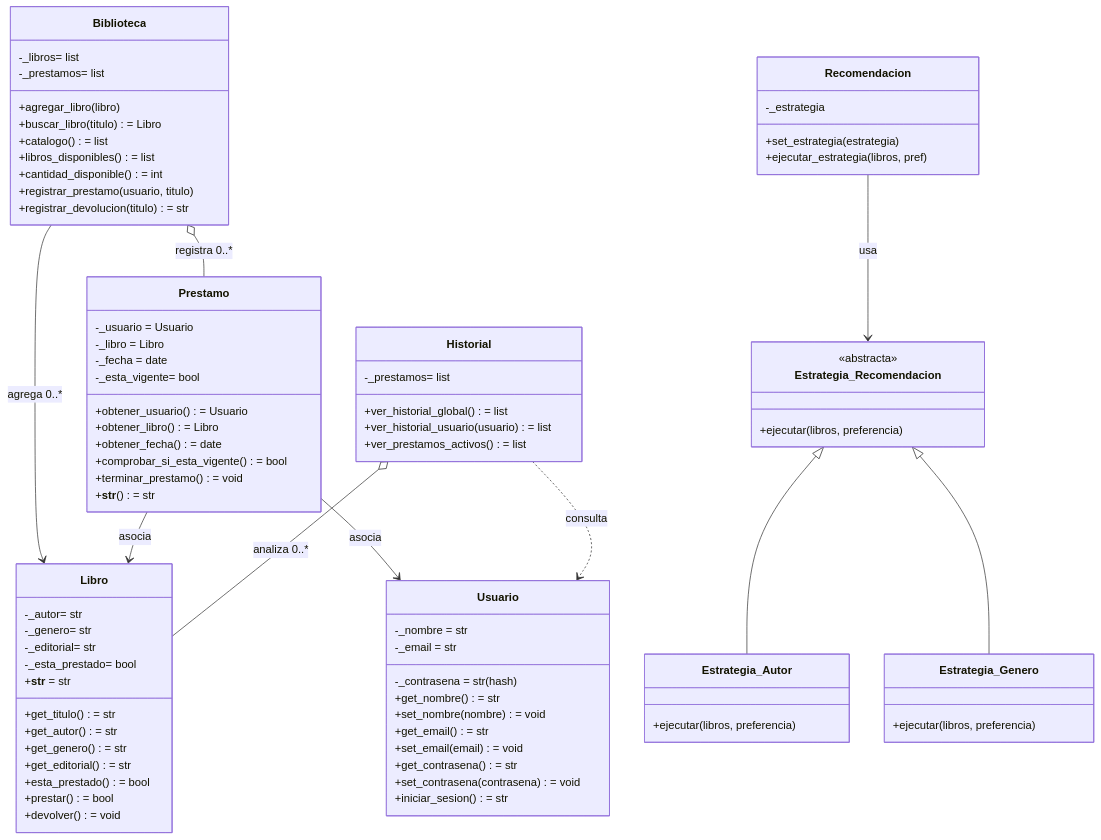
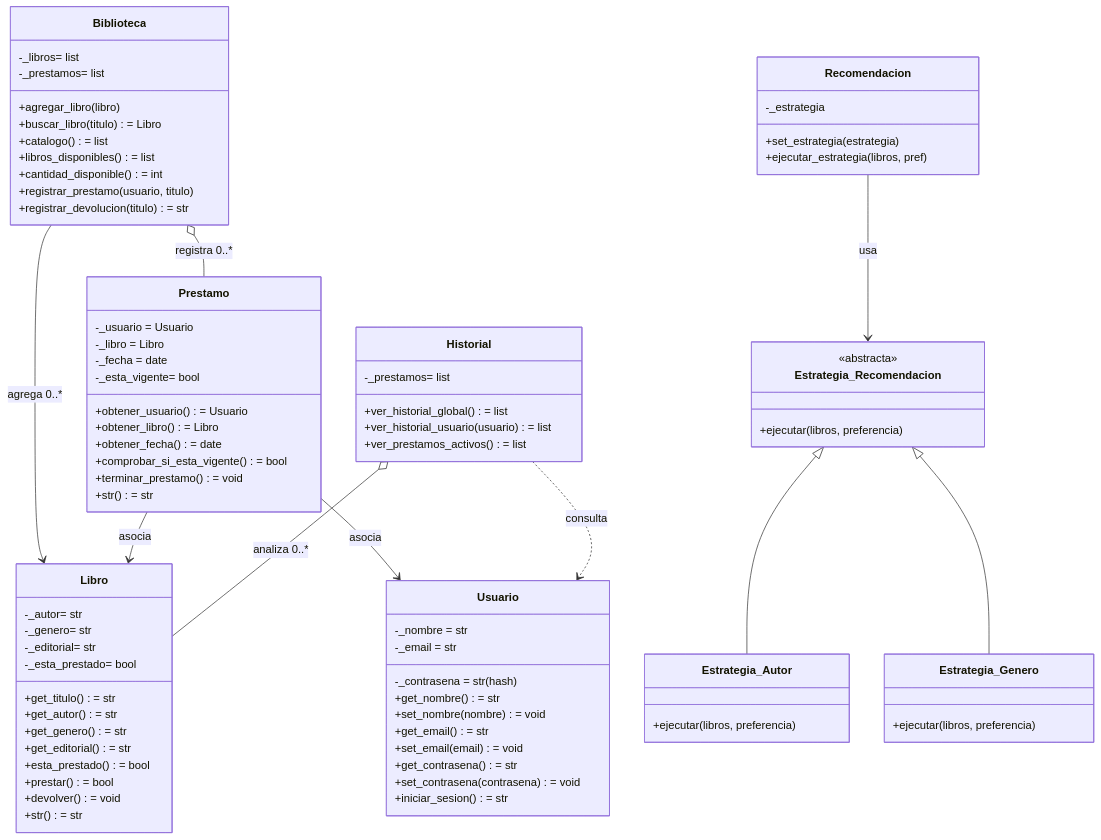
Before and after one commit to aljuliedot/Gestion-de-Biblioteca-UNAB.: the diagram in README.md, drawn with Mermaid.

Commit message:
Actualizar README.md

```diff
--- a/README.md
+++ b/README.md
@@ -126,7 +126,7 @@
         +esta_prestado()= bool
         +prestar()= bool
         +devolver()= void
-        +__str__ = str
+        +str()= str
     }
 
     class Historial {
@@ -159,7 +159,7 @@
         +obtener_fecha()= date
         +comprobar_si_esta_vigente()= bool
         +terminar_prestamo()= void
-        +__str__() = str
+        +str() = str
     }
 
     class Estrategia_Recomendacion {
```
